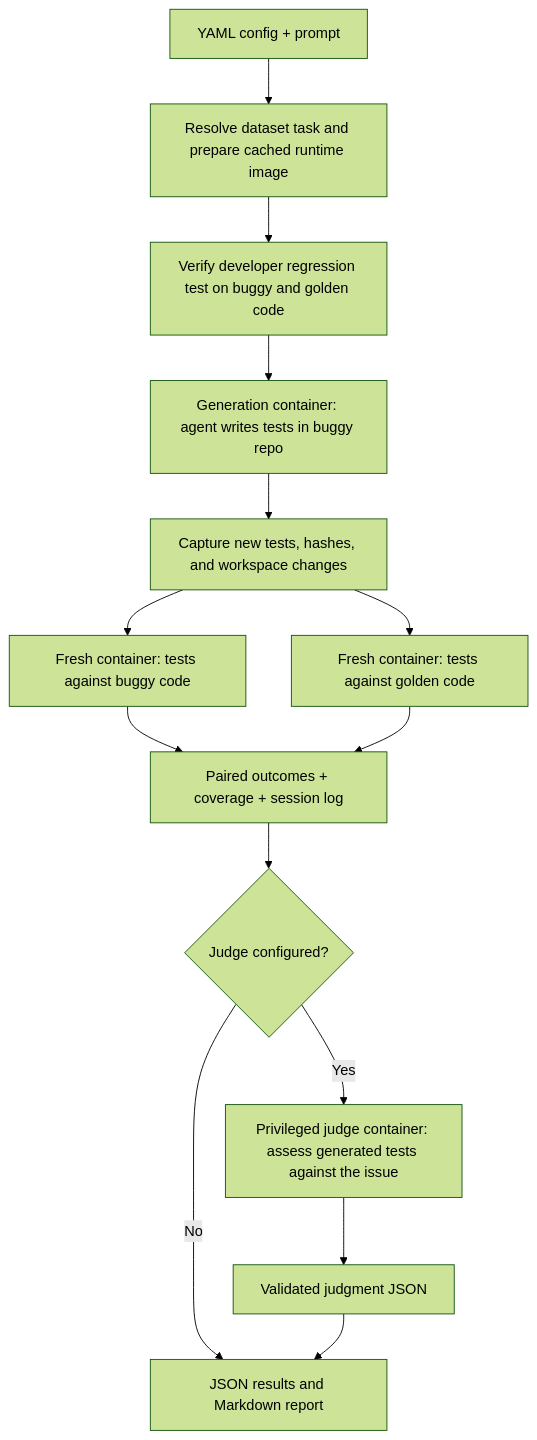
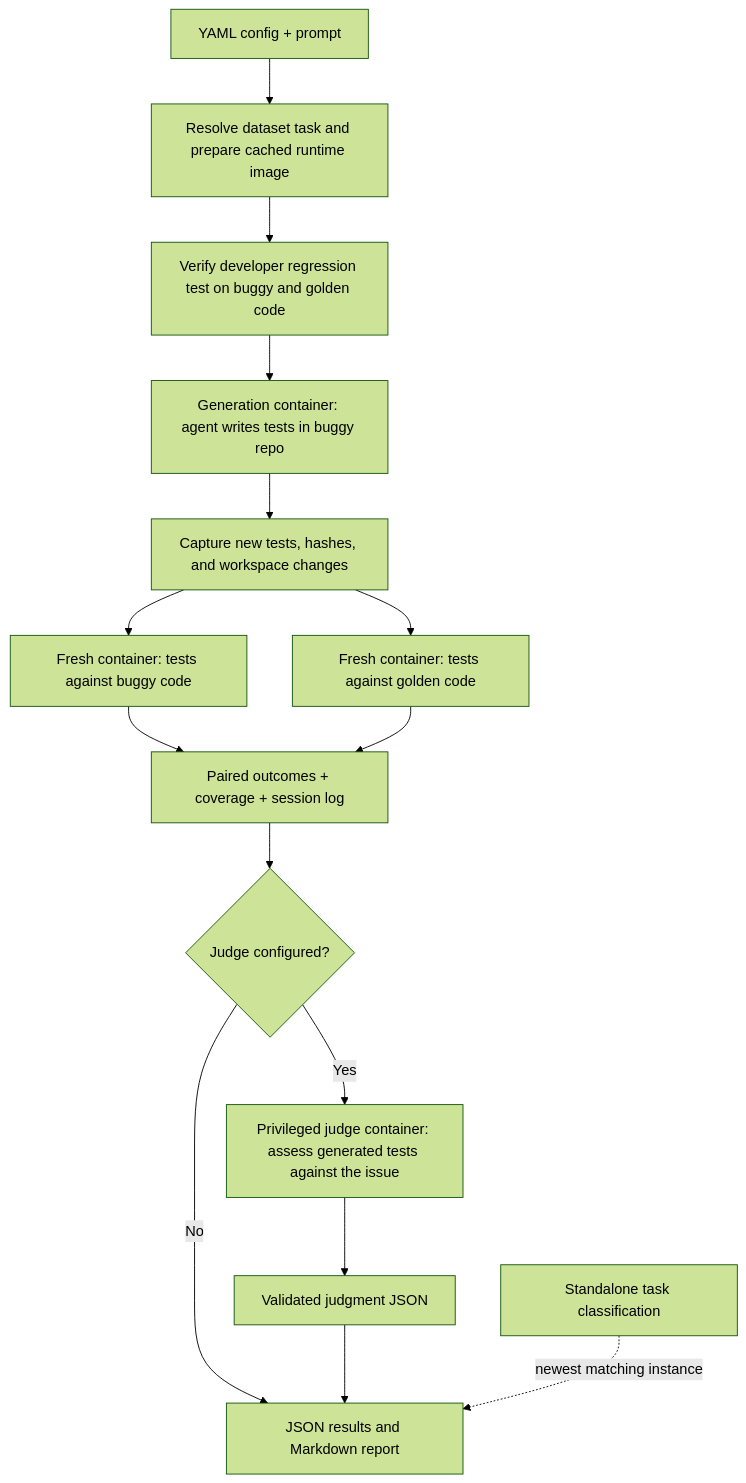
Before and after one commit to JayOrten/oracle-bench: the diagram in README.md, drawn with Mermaid (forest theme). The commit also changed other lines of this file and 21 other files, not shown here.

````diff
--- a/README.md
+++ b/README.md
@@ -34,16 +39,17 @@
 ```mermaid
 flowchart TD
     Config["YAML config + prompt"] --> Prepare["Resolve dataset task and prepare cached runtime image"]
     Prepare --> Reference["Verify developer regression test on buggy and golden code"]
     Reference --> Agent["Generation container: agent writes tests in buggy repo"]
     Agent --> Capture["Capture new tests, hashes, and workspace changes"]
     Capture --> Buggy["Fresh container: tests against buggy code"]
     Capture --> Golden["Fresh container: tests against golden code"]
     Buggy --> Results["Paired outcomes + coverage + session log"]
     Golden --> Results
     Results --> JudgeEnabled{"Judge configured?"}
     JudgeEnabled -- Yes --> Judge["Privileged judge container: assess generated tests against the issue"]
     JudgeEnabled -- No --> Report["JSON results and Markdown report"]
     Judge --> Judgment["Validated judgment JSON"]
     Judgment --> Report
+    Classification["Standalone task classification"] -. newest matching instance .-> Report
 ```
````
